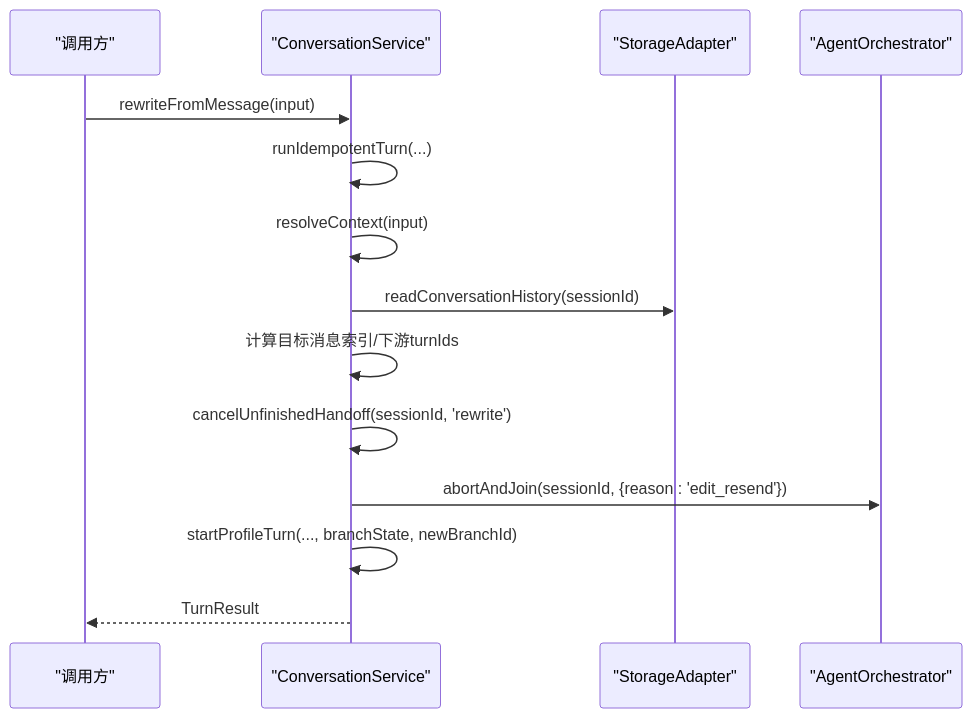
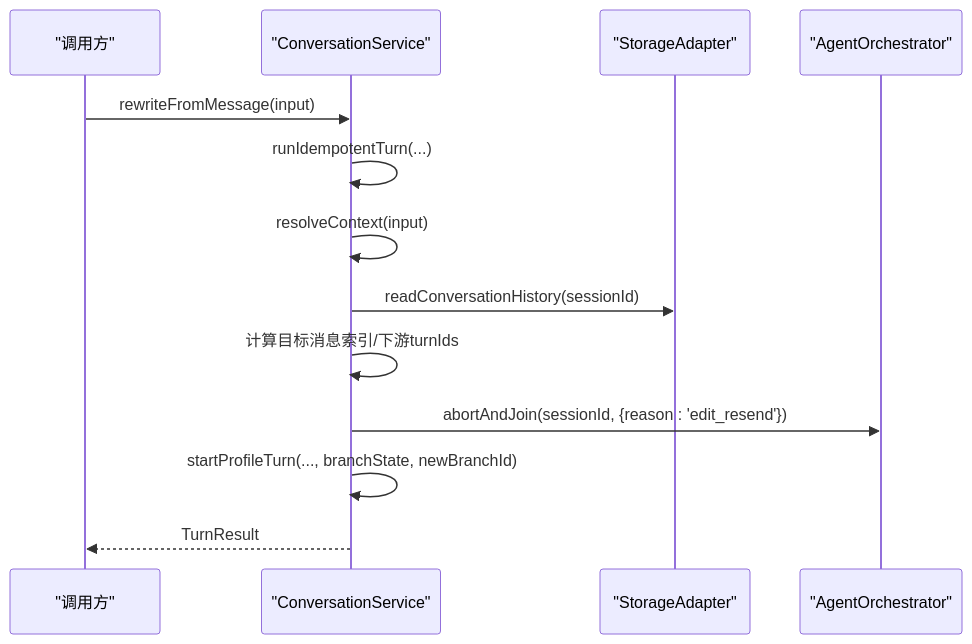
Before and after one commit to haolange/RDC-Agent: the fourth of 8 diagrams in .qoder/repowiki/zh/content/核心模块/会话管理系统/会话管理系统.md, drawn with Mermaid. The commit also changed other lines of this file and 90 other files, not shown here.

````diff
--- a/.qoder/repowiki/zh/content/核心模块/会话管理系统/会话管理系统.md
+++ b/.qoder/repowiki/zh/content/核心模块/会话管理系统/会话管理系统.md
@@ -194,16 +209,15 @@
 ```mermaid
 sequenceDiagram
 participant UI as "调用方"
 participant CS as "ConversationService"
 participant SA as "StorageAdapter"
 participant AO as "AgentOrchestrator"
 UI->>CS : rewriteFromMessage(input)
 CS->>CS : runIdempotentTurn(...)
 CS->>CS : resolveContext(input)
 CS->>SA : readConversationHistory(sessionId)
 CS->>CS : 计算目标消息索引/下游turnIds
-CS->>CS : cancelUnfinishedHandoff(sessionId, 'rewrite')
 CS->>AO : abortAndJoin(sessionId, {reason : 'edit_resend'})
 CS->>CS : startProfileTurn(..., branchState, newBranchId)
 CS-->>UI : TurnResult
 ```
````
